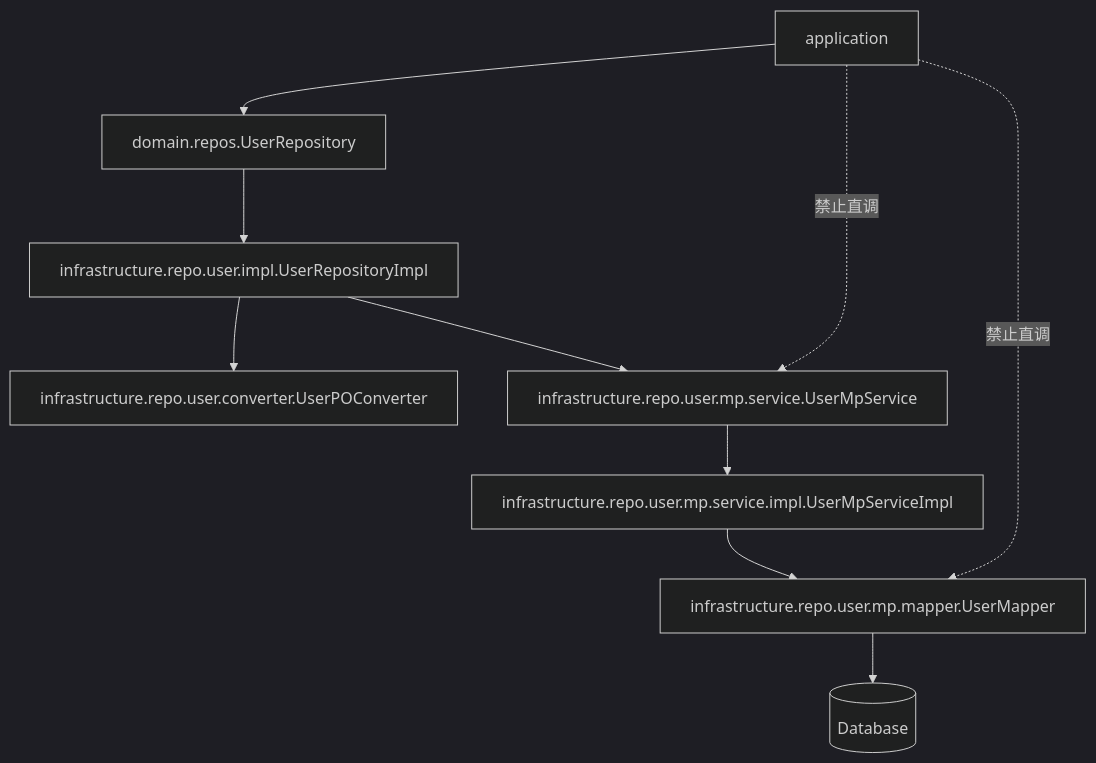
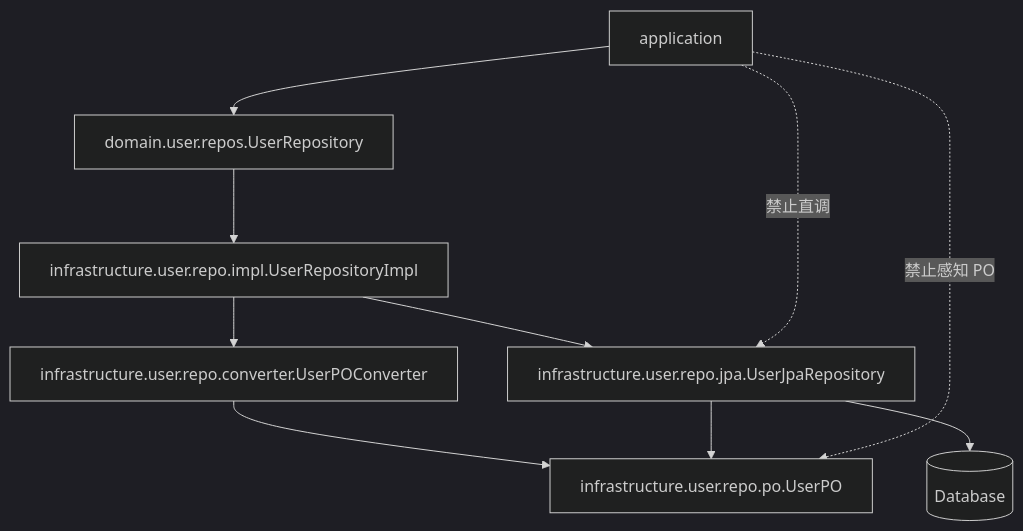
The tenth of 19 diagrams in egon-cola-archetypes/architecture-mermaid-diagrams.md (AllenDEricDAlexander/Egon-COLA), drawn with Mermaid (dark theme) before and after one commit. The commit also changed other lines of this file and 32 other files, not shown here.

First line of the commit message:
fix(archetypes): make architecture governance actually enforce, correct guide docs

````diff
--- a/egon-cola-archetypes/architecture-mermaid-diagrams.md
+++ b/egon-cola-archetypes/architecture-mermaid-diagrams.md
@@ -253,12 +285,12 @@
 ```mermaid
 flowchart TD
-    APP["application"] --> DOMAIN_REPO["domain.repos.UserRepository"]
-    DOMAIN_REPO --> REPO_IMPL["infrastructure.repo.user.impl.UserRepositoryImpl"]
-    REPO_IMPL --> CONVERTER["infrastructure.repo.user.converter.UserPOConverter"]
-    REPO_IMPL --> MP_SERVICE["infrastructure.repo.user.mp.service.UserMpService"]
-    MP_SERVICE --> MP_SERVICE_IMPL["infrastructure.repo.user.mp.service.impl.UserMpServiceImpl"]
-    MP_SERVICE_IMPL --> MAPPER["infrastructure.repo.user.mp.mapper.UserMapper"]
-    MAPPER --> DB[(Database)]
-    APP -. " 禁止直调 " .-> MAPPER
-    APP -. " 禁止直调 " .-> MP_SERVICE
+    APP["application"] --> DOMAIN_REPO["domain.user.repos.UserRepository"]
+    DOMAIN_REPO --> REPO_IMPL["infrastructure.user.repo.impl.UserRepositoryImpl"]
+    REPO_IMPL --> CONVERTER["infrastructure.user.repo.converter.UserPOConverter"]
+    REPO_IMPL --> JPA_REPO["infrastructure.user.repo.jpa.UserJpaRepository"]
+    CONVERTER --> PO["infrastructure.user.repo.po.UserPO"]
+    JPA_REPO --> PO
+    JPA_REPO --> DB[(Database)]
+    APP -. " 禁止直调 " .-> JPA_REPO
+    APP -. " 禁止感知 PO " .-> PO
 ```
````
